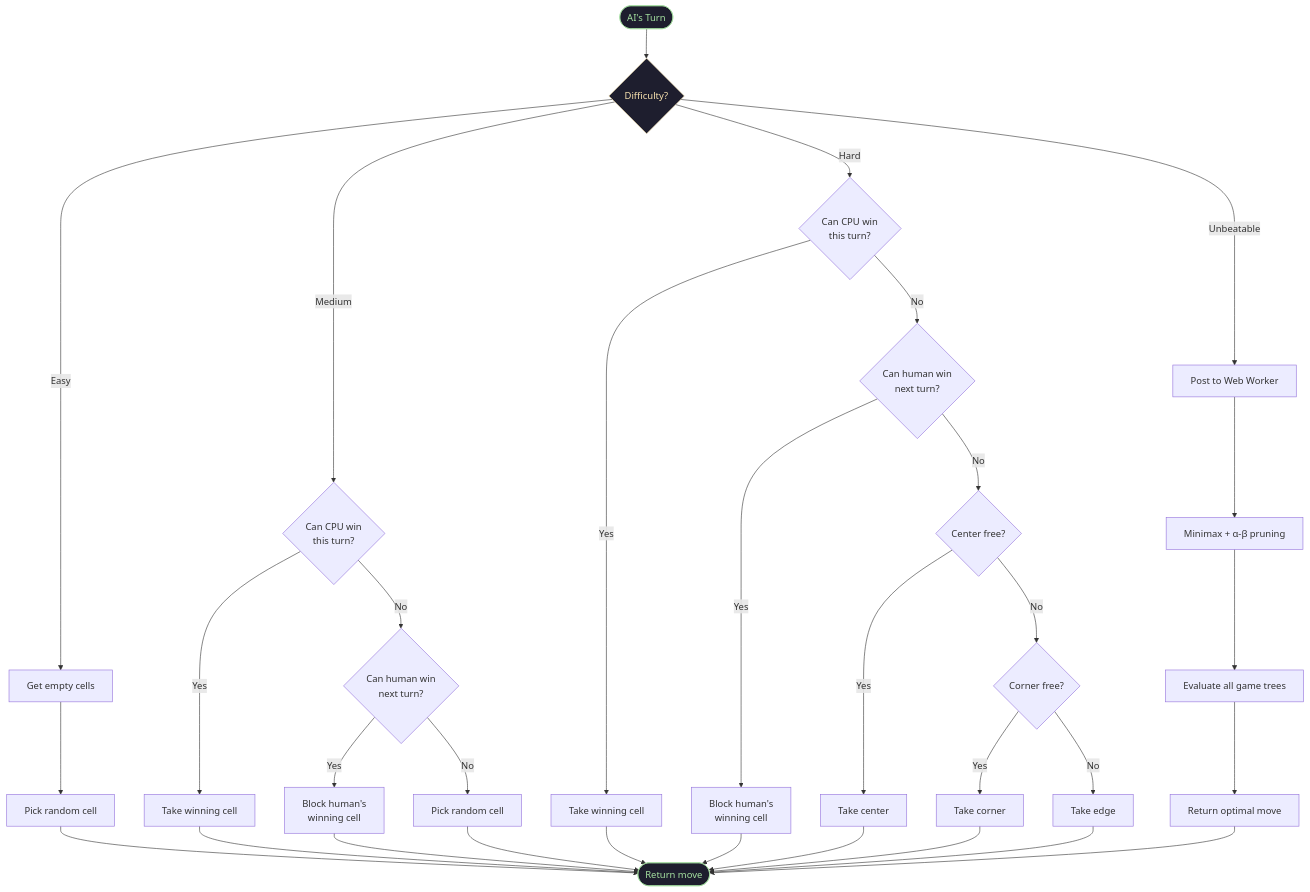
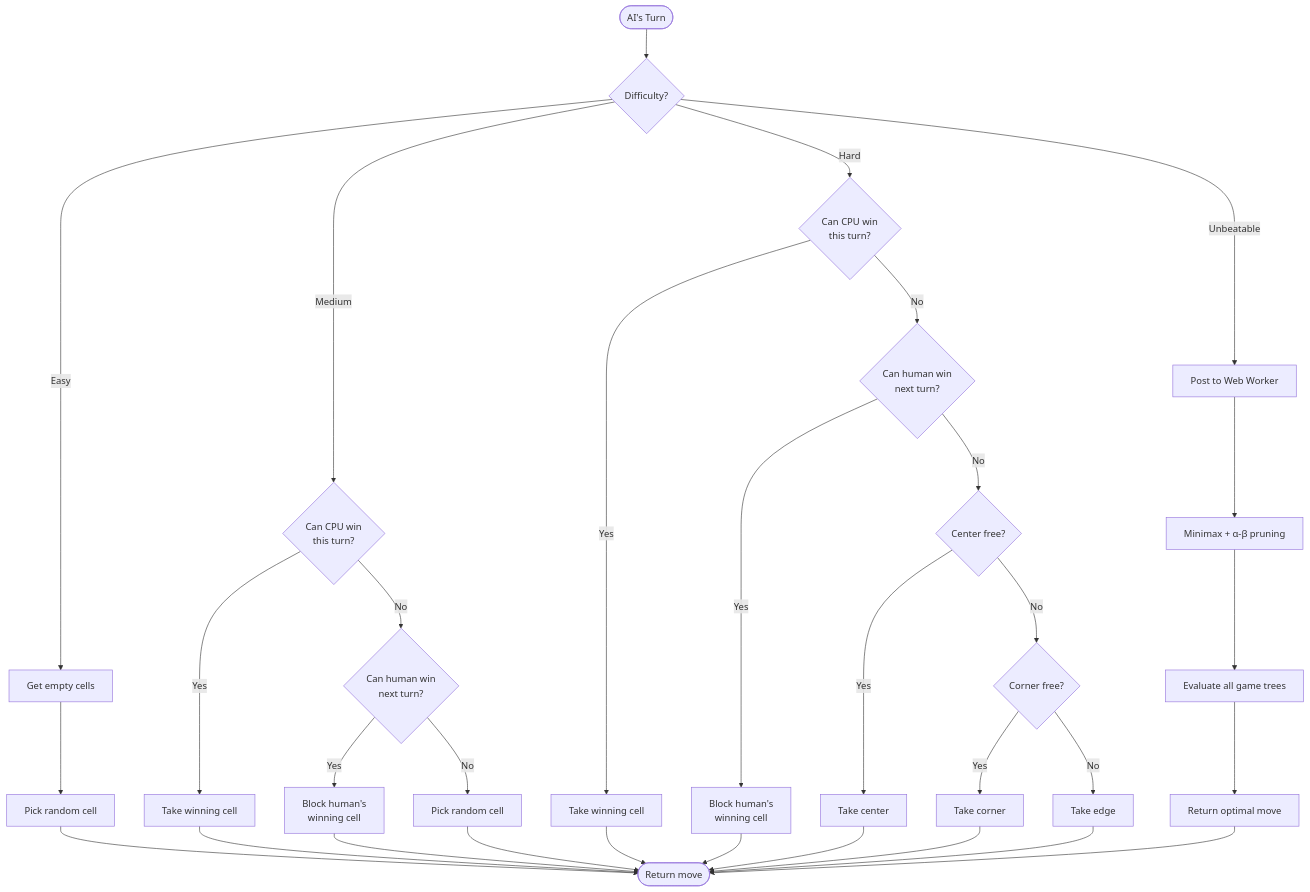
Before and after one commit to scottdreinhart/tictactoe: the eighth of 9 diagrams in README.md, drawn with Mermaid. The commit also changed other lines of this file and 10 other files, not shown here.

Commit message:
style: remove gradients and diagram color overrides

````diff
--- a/README.md
+++ b/README.md
@@ -1006,42 +981,38 @@
 ```mermaid
 flowchart TD
     start([AI's Turn]) --> diff{Difficulty?}
 
     diff -->|Easy| e1[Get empty cells]
     e1 --> e2[Pick random cell]
     e2 --> done([Return move])
 
     diff -->|Medium| m1{Can CPU win\nthis turn?}
     m1 -->|Yes| mw[Take winning cell]
     mw --> done
     m1 -->|No| m2{Can human win\nnext turn?}
     m2 -->|Yes| mb[Block human's\nwinning cell]
     mb --> done
     m2 -->|No| m3[Pick random cell]
     m3 --> done
 
     diff -->|Hard| h1{Can CPU win\nthis turn?}
     h1 -->|Yes| hw[Take winning cell]
     hw --> done
     h1 -->|No| h2{Can human win\nnext turn?}
     h2 -->|Yes| hb[Block human's\nwinning cell]
     hb --> done
     h2 -->|No| h3{Center free?}
     h3 -->|Yes| hc[Take center]
     hc --> done
     h3 -->|No| h4{Corner free?}
     h4 -->|Yes| hcr[Take corner]
     hcr --> done
     h4 -->|No| he[Take edge]
     he --> done
 
     diff -->|Unbeatable| u1[Post to Web Worker]
     u1 --> u2[Minimax + α-β pruning]
     u2 --> u3[Evaluate all game trees]
     u3 --> u4[Return optimal move]
     u4 --> done
-
-    style start fill:#1e1e2e,color:#a6e3a1,stroke:#a6e3a1
-    style done fill:#1e1e2e,color:#a6e3a1,stroke:#a6e3a1
-    style diff fill:#1e1e2e,color:#f9e2af,stroke:#f9e2af
 ```
````
